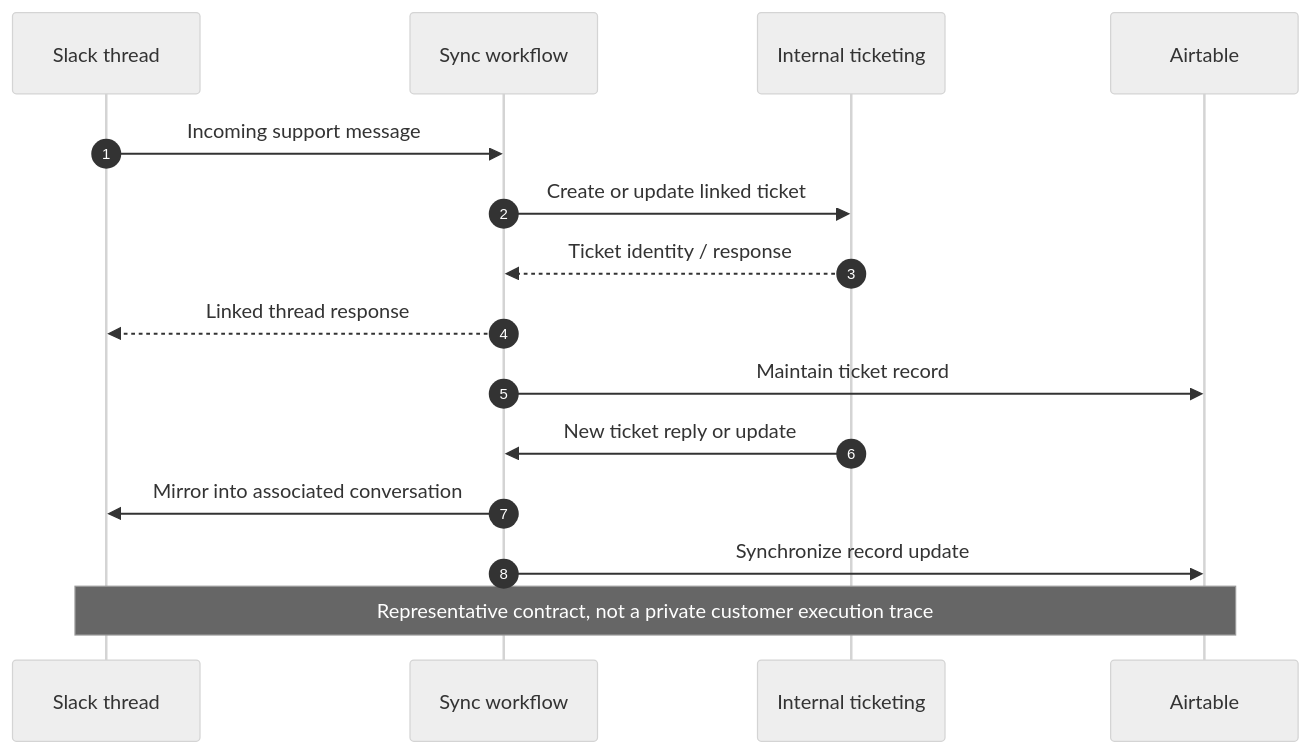
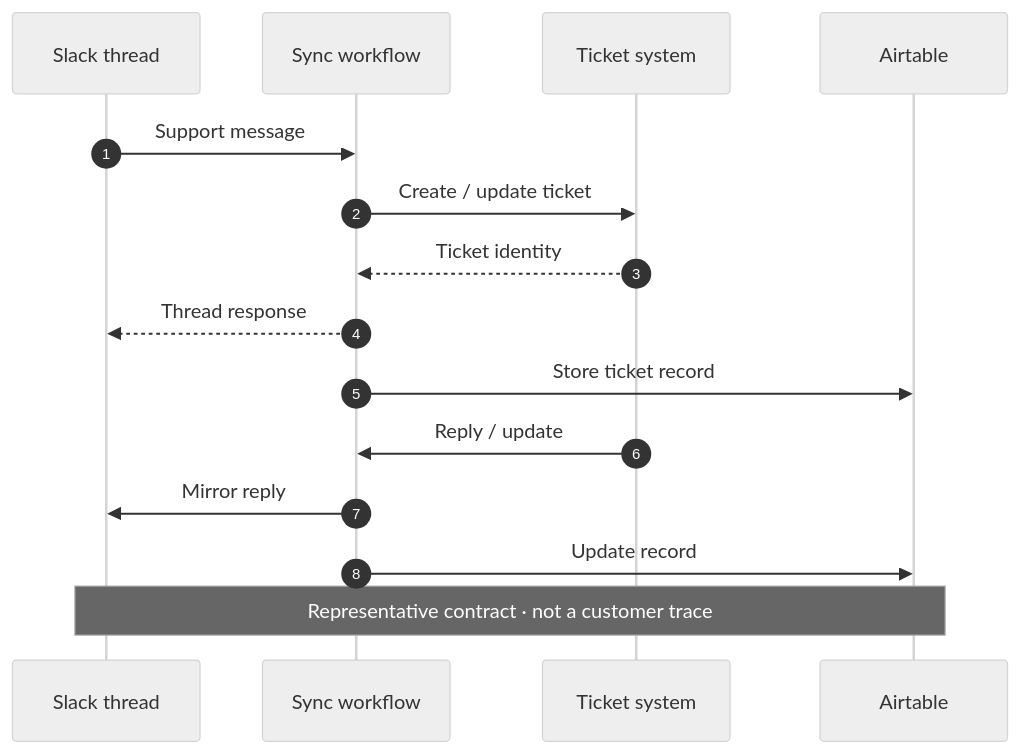
One commit to zulfkicar/zulfkicar.github.io changed the fourth of 11 diagrams in case-studies/README.md. Above: the diagram before and after it, drawn with Mermaid (neutral theme). The commit also changed other lines of this file and 36 other files, not shown here.

Commit message:
Polish architecture maps and add system-aware portfolio themes

````diff
--- a/case-studies/README.md
+++ b/case-studies/README.md
@@ -99,17 +99,17 @@
 ```mermaid
 sequenceDiagram
   autonumber
   participant S as Slack thread
   participant W as Sync workflow
-  participant T as Internal ticketing
+  participant T as Ticket system
   participant A as Airtable
-  S->>W: Incoming support message
-  W->>T: Create or update linked ticket
-  T-->>W: Ticket identity / response
-  W-->>S: Linked thread response
-  W->>A: Maintain ticket record
-  T->>W: New ticket reply or update
-  W->>S: Mirror into associated conversation
-  W->>A: Synchronize record update
-  Note over S,A: Representative contract, not a private customer execution trace
+  S->>W: Support message
+  W->>T: Create / update ticket
+  T-->>W: Ticket identity
+  W-->>S: Thread response
+  W->>A: Store ticket record
+  T->>W: Reply / update
+  W->>S: Mirror reply
+  W->>A: Update record
+  Note over S,A: Representative contract · not a customer trace
 ```
````
